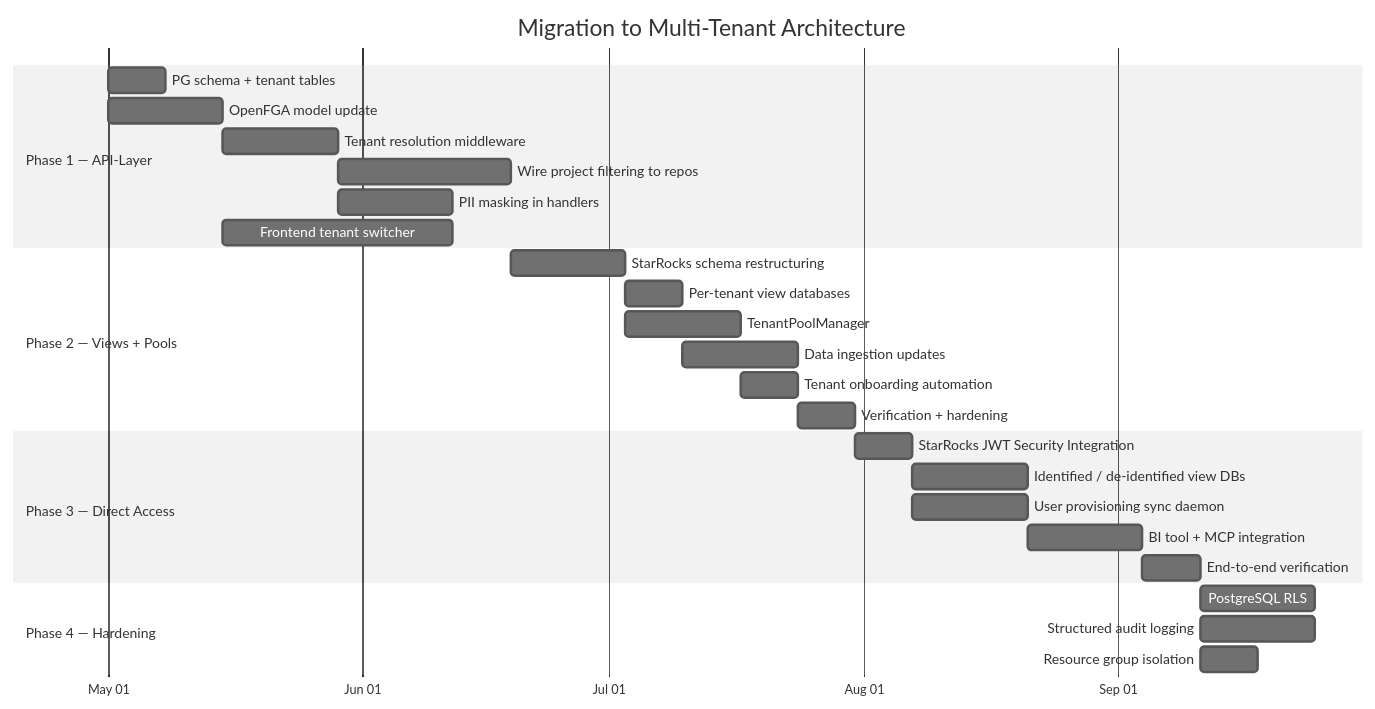
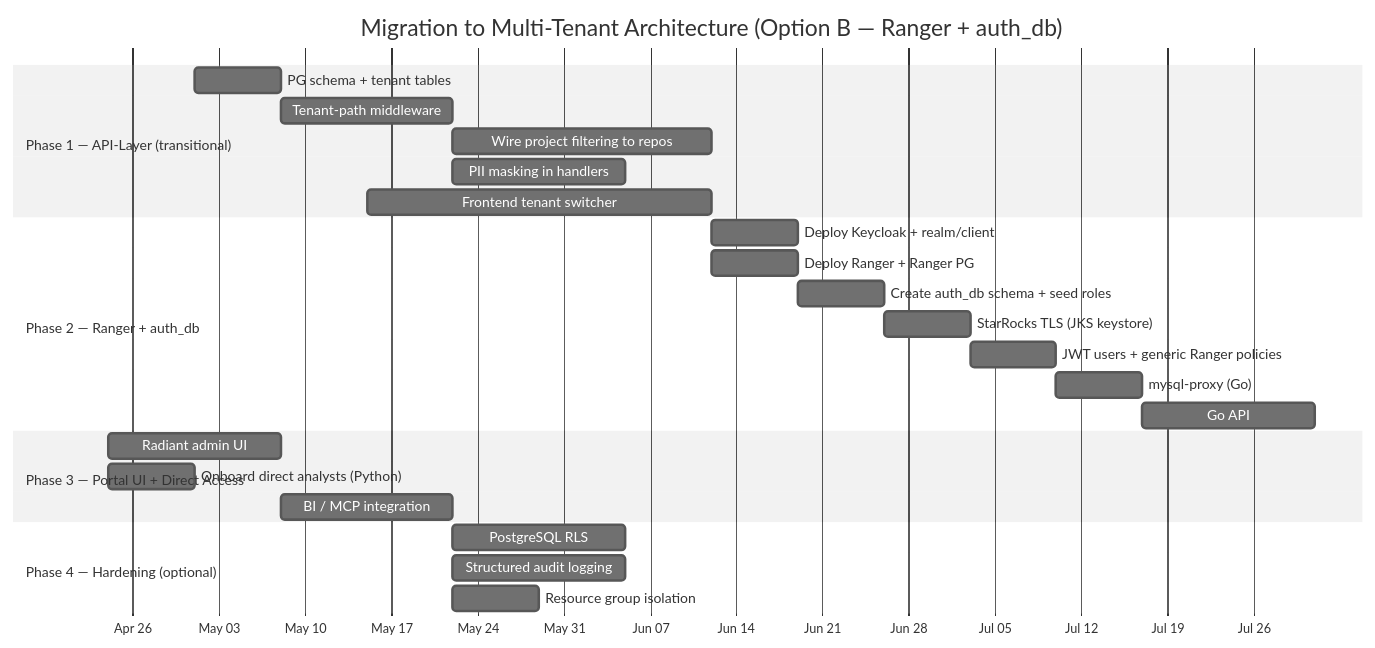
The ninth of 10 diagrams in docs/adr/multi-tenancy-security.md (radiant-network/radiant-portal), drawn with Mermaid (neutral theme) before and after one commit. The commit also changed other lines of this file, not shown here.

````diff
--- a/docs/adr/multi-tenancy-security.md
+++ b/docs/adr/multi-tenancy-security.md
@@ -2362,34 +1933,32 @@
 ```mermaid
 gantt
-    title Migration to Multi-Tenant Architecture
+    title Migration to Multi-Tenant Architecture (Option B — Ranger + auth_db)
     dateFormat YYYY-MM-DD
     axisFormat %b %d
 
-    section Phase 1 — API-Layer
+    section Phase 1 — API-Layer (transitional)
     PG schema + tenant tables           :p1a, 2026-05-01, 1w
-    OpenFGA model update                :p1b, 2026-05-01, 2w
-    Tenant resolution middleware        :p1c, after p1b, 2w
-    Wire project filtering to repos     :p1d, after p1c, 3w
-    PII masking in handlers             :p1e, after p1c, 2w
-    Frontend tenant switcher            :p1f, 2026-05-15, 4w
+    Tenant-path middleware              :p1b, after p1a, 2w
+    Wire project filtering to repos     :p1c, after p1b, 3w
+    PII masking in handlers             :p1d, after p1b, 2w
+    Frontend tenant switcher            :p1e, 2026-05-15, 4w
 
-    section Phase 2 — Views + Pools
-    StarRocks schema restructuring      :p2a, after p1d, 2w
-    Per-tenant view databases           :p2b, after p2a, 1w
-    TenantPoolManager                   :p2c, after p2a, 2w
-    Data ingestion updates              :p2d, after p2b, 2w
-    Tenant onboarding automation        :p2e, after p2c, 1w
-    Verification + hardening            :p2f, after p2e, 1w
+    section Phase 2 — Ranger + auth_db
+    Deploy Keycloak + realm/client      :p2a, after p1c, 1w
+    Deploy Ranger + Ranger PG           :p2b, after p1c, 1w
+    Create auth_db schema + seed roles  :p2c, after p2a, 1w
+    StarRocks TLS (JKS keystore)        :p2d, after p2c, 1w
+    JWT users + generic Ranger policies :p2e, after p2d, 1w
+    mysql-proxy (Go)                    :p2f, after p2e, 1w
+    Go API: Bearer JWT via proxy        :p2g, after p2f, 2w
 
-    section Phase 3 — Direct Access
-    StarRocks JWT Security Integration  :p3a, after p2f, 1w
-    Identified / de-identified view DBs :p3b, after p3a, 2w
-    User provisioning sync daemon       :p3c, after p3a, 2w
-    BI tool + MCP integration           :p3d, after p3b, 2w
-    End-to-end verification             :p3e, after p3d, 1w
+    section Phase 3 — Portal UI + Direct Access
+    Radiant admin UI                    :p3a, after p2g, 2w
+    Onboard direct analysts (Python)    :p3b, after p2g, 1w
+    BI / MCP integration                :p3c, after p3a, 2w
 
-    section Phase 4 — Hardening
-    PostgreSQL RLS                      :p4a, after p3e, 2w
-    Structured audit logging            :p4b, after p3e, 2w
-    Resource group isolation            :p4c, after p3e, 1w
+    section Phase 4 — Hardening (optional)
+    PostgreSQL RLS                      :p4a, after p3c, 2w
+    Structured audit logging            :p4b, after p3c, 2w
+    Resource group isolation            :p4c, after p3c, 1w
 ```
````
